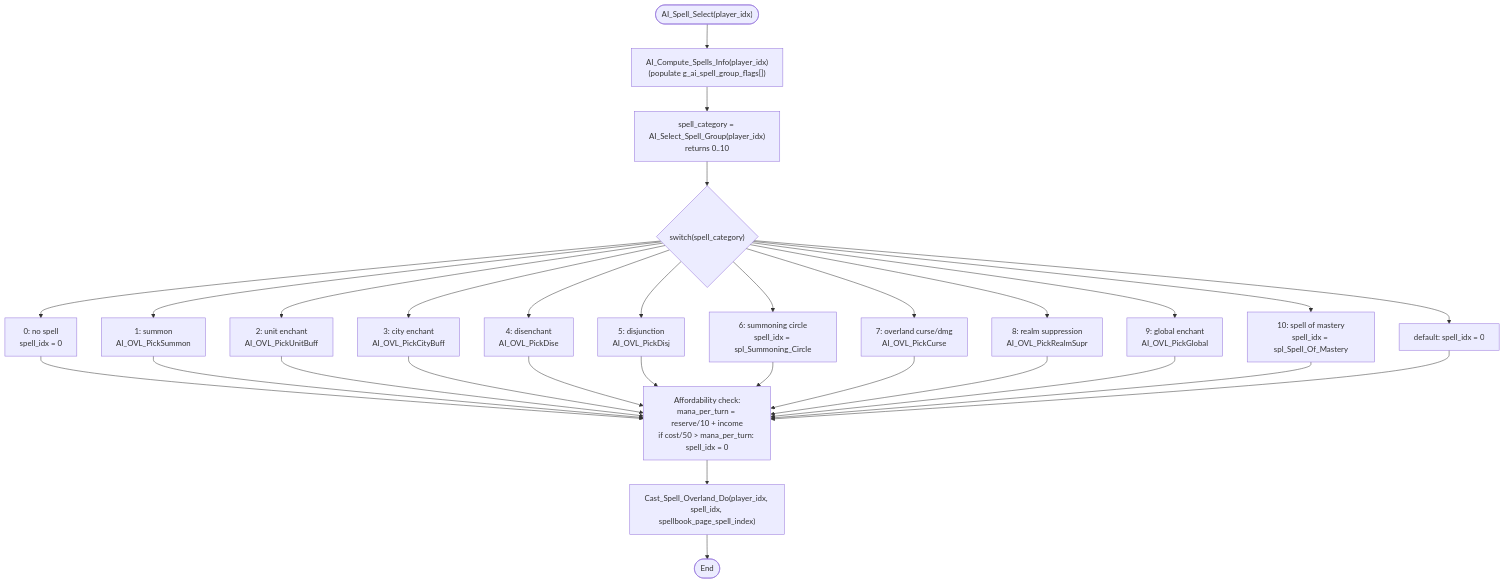
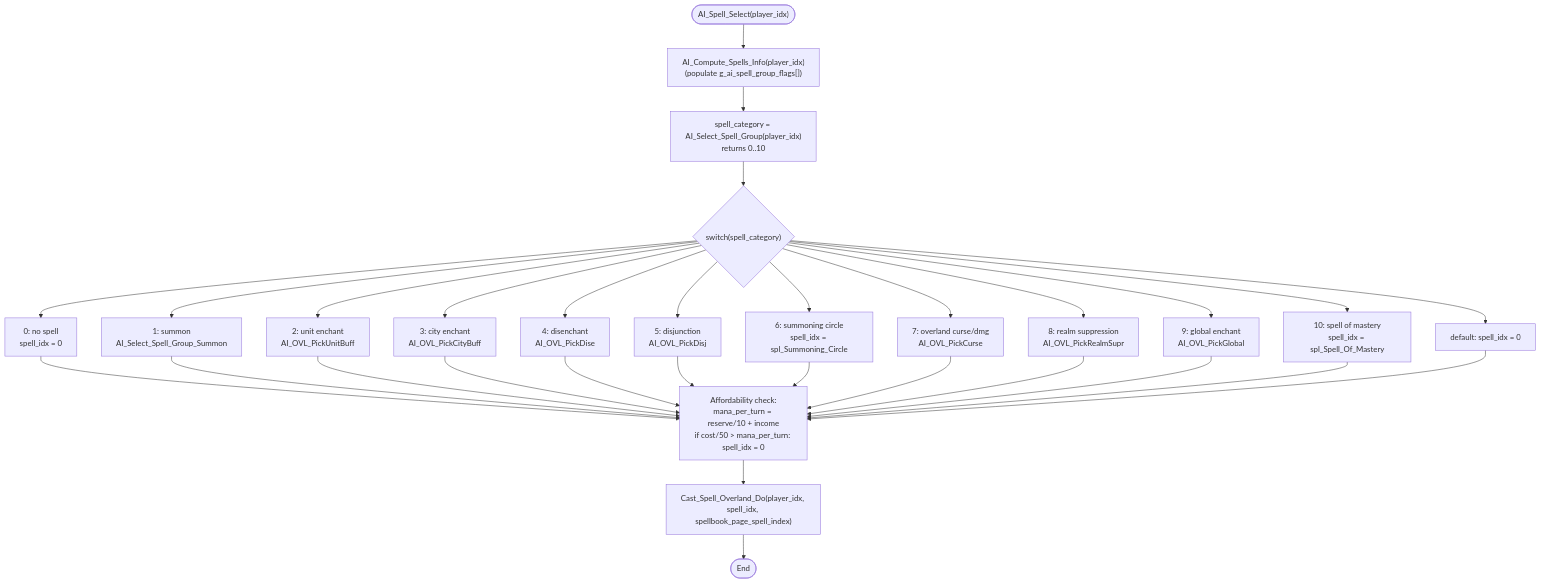
One commit to jbalcomb/ReMoM changed the diagram in doc/ComputerPlayer/AISPELL-AI_Spell_Select.md. Above: the diagram before and after it, drawn with Mermaid. The commit also changed other lines of this file and 8 other files, not shown here.

Commit message:
add AI_Select_Spell_Group_Summon()

````diff
--- a/doc/ComputerPlayer/AISPELL-AI_Spell_Select.md
+++ b/doc/ComputerPlayer/AISPELL-AI_Spell_Select.md
@@ -62,39 +62,39 @@
 ```mermaid
 flowchart TD
     Entry(["AI_Spell_Select(player_idx)"])
     Compute["AI_Compute_Spells_Info(player_idx)<br/>(populate g_ai_spell_group_flags[])"]
     PickCat["spell_category = AI_Select_Spell_Group(player_idx)<br/>returns 0..10"]
     Switch{"switch(spell_category)"}
 
     C0["0: no spell<br/>spell_idx = 0"]
-    C1["1: summon<br/>AI_OVL_PickSummon"]
+    C1["1: summon<br/>AI_Select_Spell_Group_Summon"]
     C2["2: unit enchant<br/>AI_OVL_PickUnitBuff"]
     C3["3: city enchant<br/>AI_OVL_PickCityBuff"]
     C4["4: disenchant<br/>AI_OVL_PickDise"]
     C5["5: disjunction<br/>AI_OVL_PickDisj"]
     C6["6: summoning circle<br/>spell_idx = spl_Summoning_Circle"]
     C7["7: overland curse/dmg<br/>AI_OVL_PickCurse"]
     C8["8: realm suppression<br/>AI_OVL_PickRealmSupr"]
     C9["9: global enchant<br/>AI_OVL_PickGlobal"]
     C10["10: spell of mastery<br/>spell_idx = spl_Spell_Of_Mastery"]
     CD["default: spell_idx = 0"]
 
     Afford["Affordability check:<br/>mana_per_turn = reserve/10 + income<br/>if cost/50 > mana_per_turn: spell_idx = 0"]
     Cast["Cast_Spell_Overland_Do(player_idx, spell_idx, spellbook_page_spell_index)"]
     Done(["End"])
 
     Entry --> Compute --> PickCat --> Switch
     Switch --> C0 --> Afford
     Switch --> C1 --> Afford
     Switch --> C2 --> Afford
     Switch --> C3 --> Afford
     Switch --> C4 --> Afford
     Switch --> C5 --> Afford
     Switch --> C6 --> Afford
     Switch --> C7 --> Afford
     Switch --> C8 --> Afford
     Switch --> C9 --> Afford
     Switch --> C10 --> Afford
     Switch --> CD --> Afford
     Afford --> Cast --> Done
 ```
````
